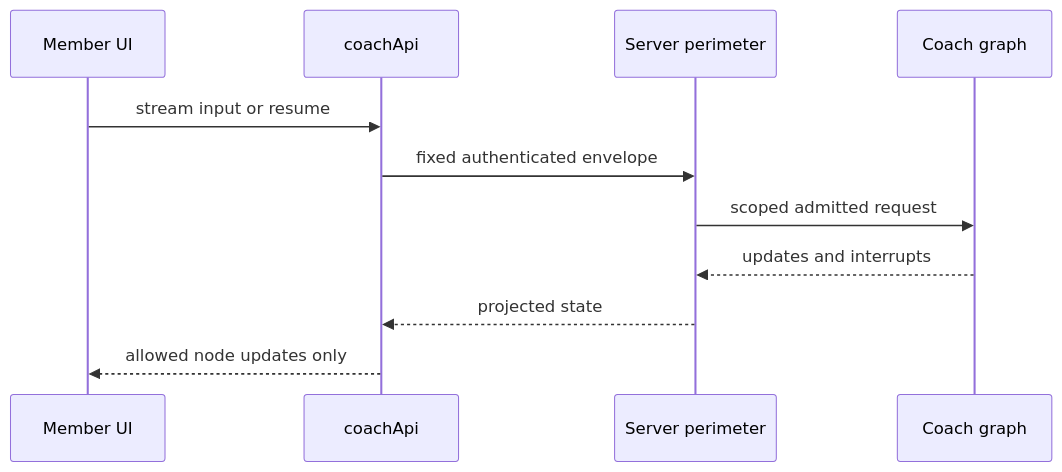
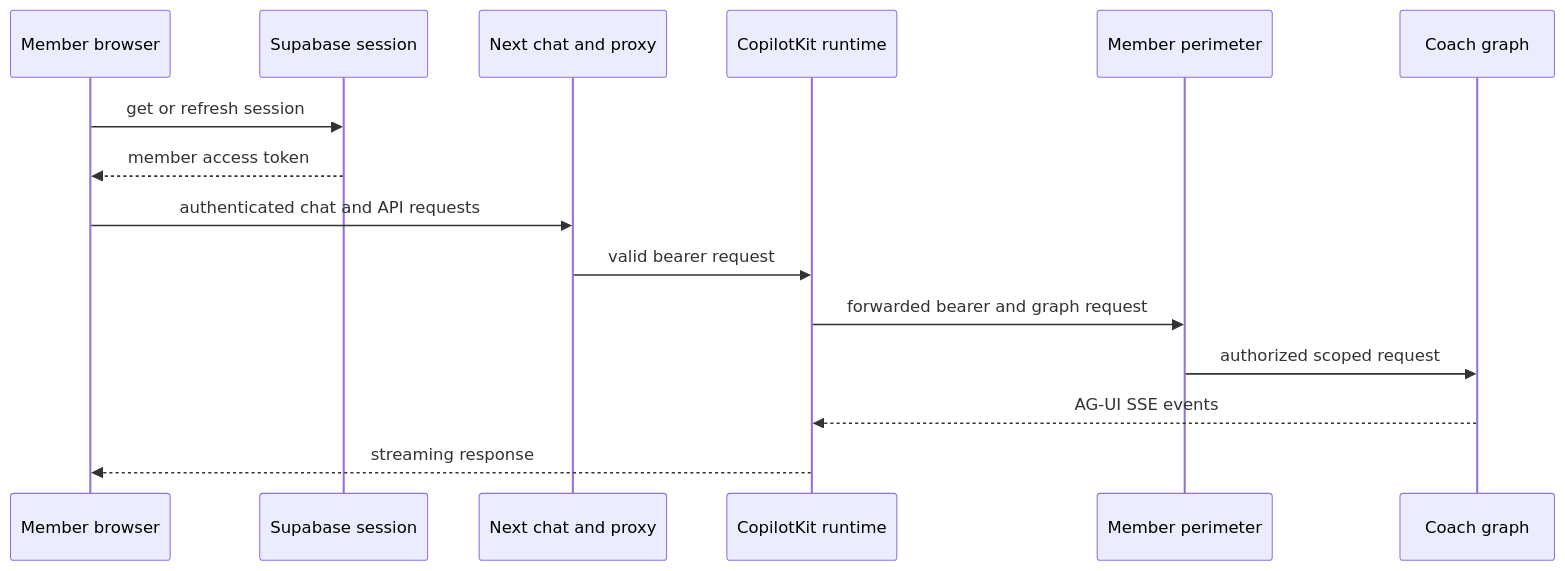
Before and after one commit to siddicky/healthcare-rag-langgraph: the diagram in openwiki/frontend/member-frontend.md, drawn with Mermaid. The commit also changed other lines of this file and 16 other files, not shown here.

````diff
--- a/openwiki/frontend/member-frontend.md
+++ b/openwiki/frontend/member-frontend.md
@@ -16,13 +18,17 @@
 ```mermaid
 sequenceDiagram
-  participant UI as Member UI
-  participant API as coachApi
-  participant Perimeter as Server perimeter
+  participant Browser as Member browser
+  participant Supabase as Supabase session
+  participant Next as Next chat and proxy
+  participant Runtime as CopilotKit runtime
+  participant Perimeter as Member perimeter
   participant Graph as Coach graph
-  UI->>API: stream input or resume
-  API->>Perimeter: fixed authenticated envelope
-  Perimeter->>Graph: scoped admitted request
-  Graph-->>Perimeter: updates and interrupts
-  Perimeter-->>API: projected state
-  API-->>UI: allowed node updates only
+  Browser->>Supabase: get or refresh session
+  Supabase-->>Browser: member access token
+  Browser->>Next: authenticated chat and API requests
+  Next->>Runtime: valid bearer request
+  Runtime->>Perimeter: forwarded bearer and graph request
+  Perimeter->>Graph: authorized scoped request
+  Graph-->>Runtime: AG-UI SSE events
+  Runtime-->>Browser: streaming response
 ```
````
